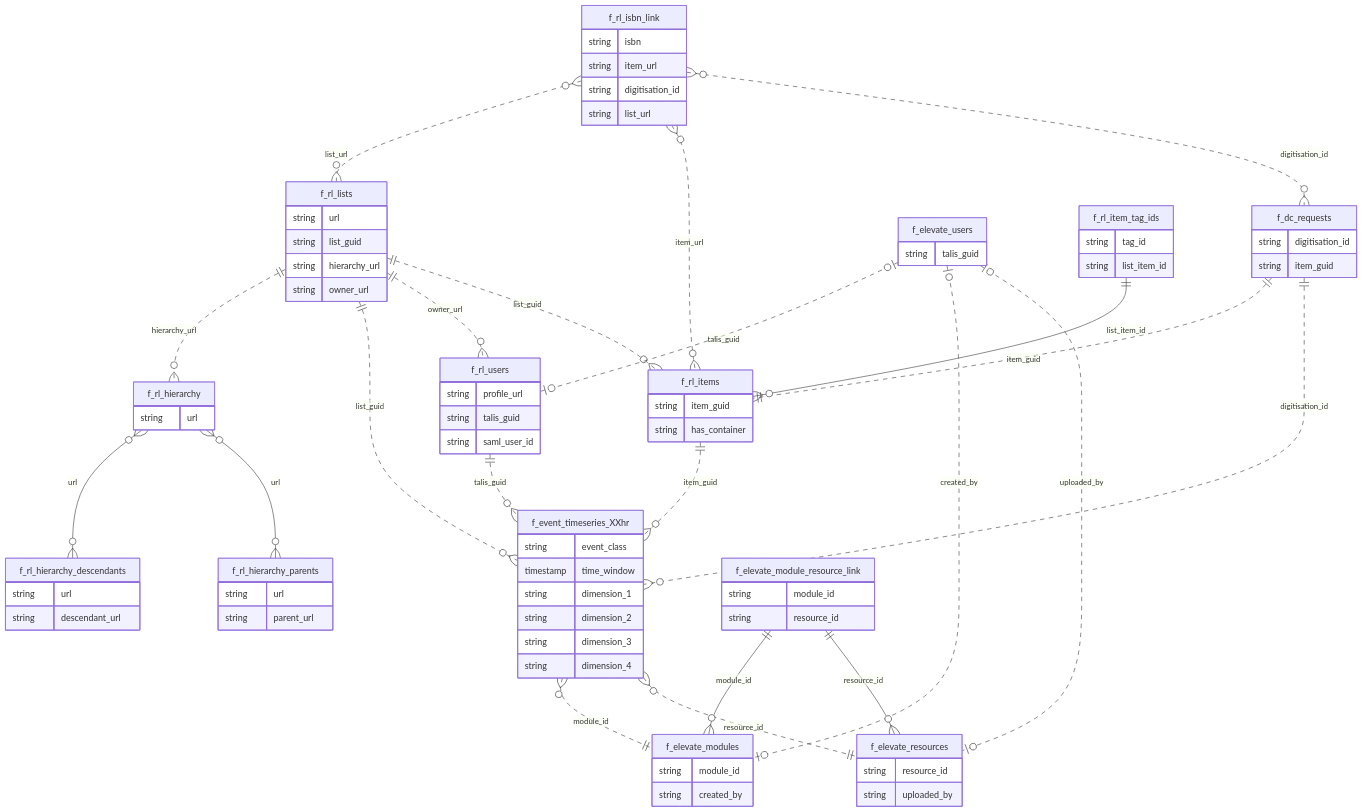
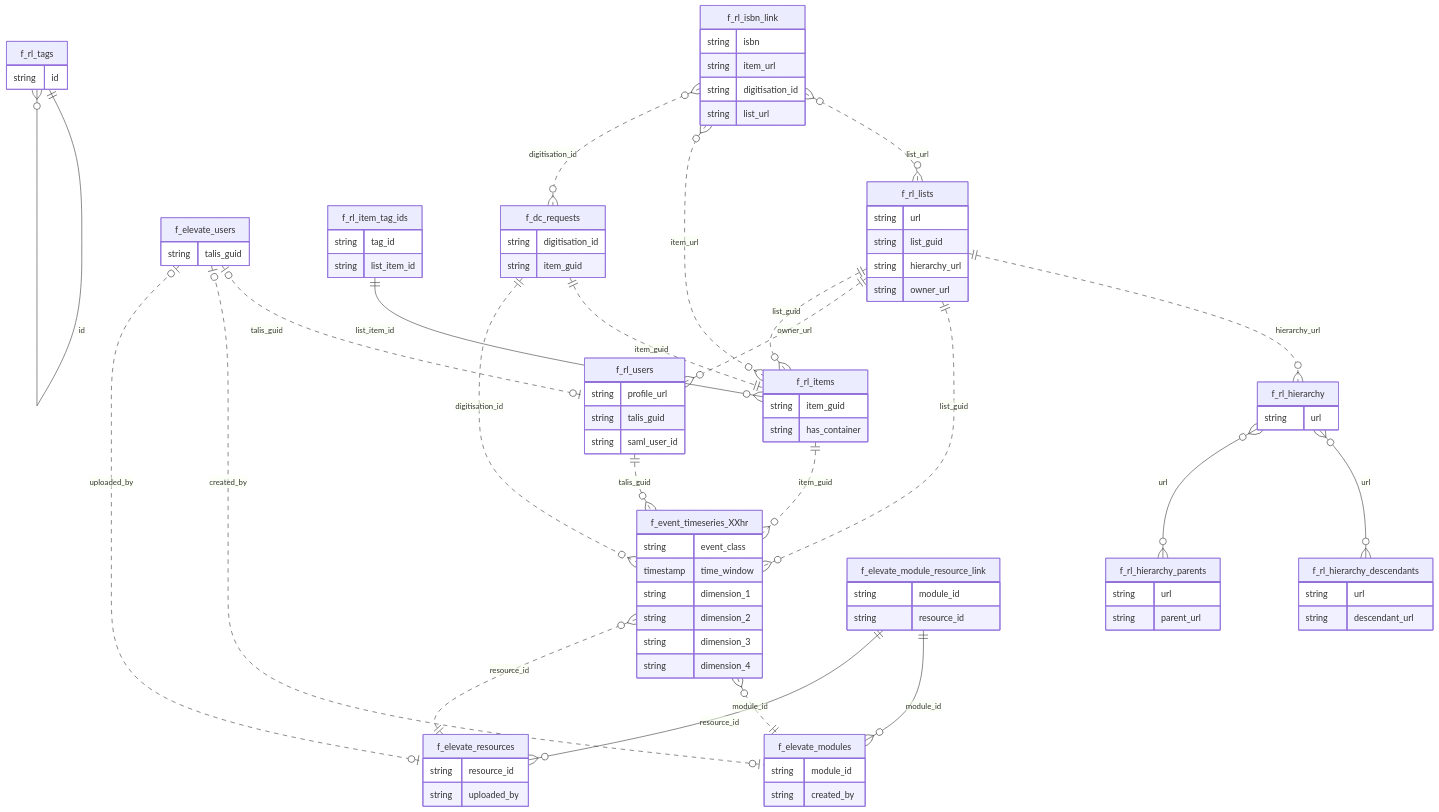
Before and after one commit to talis/advanced-mis: the diagram in topics/entity-relationships.md, drawn with Mermaid.

Commit message:
add tags table and relationship

```diff
--- a/topics/entity-relationships.md
+++ b/topics/entity-relationships.md
@@ -125,4 +125,9 @@
         string list_item_id
     }
     f_rl_item_tag_ids ||--o{ f_rl_items : list_item_id
+    f_rl_tags ||--o{ f_rl_tags : id
+
+    f_rl_tags {
+        string id
+    }
 </div>
```
